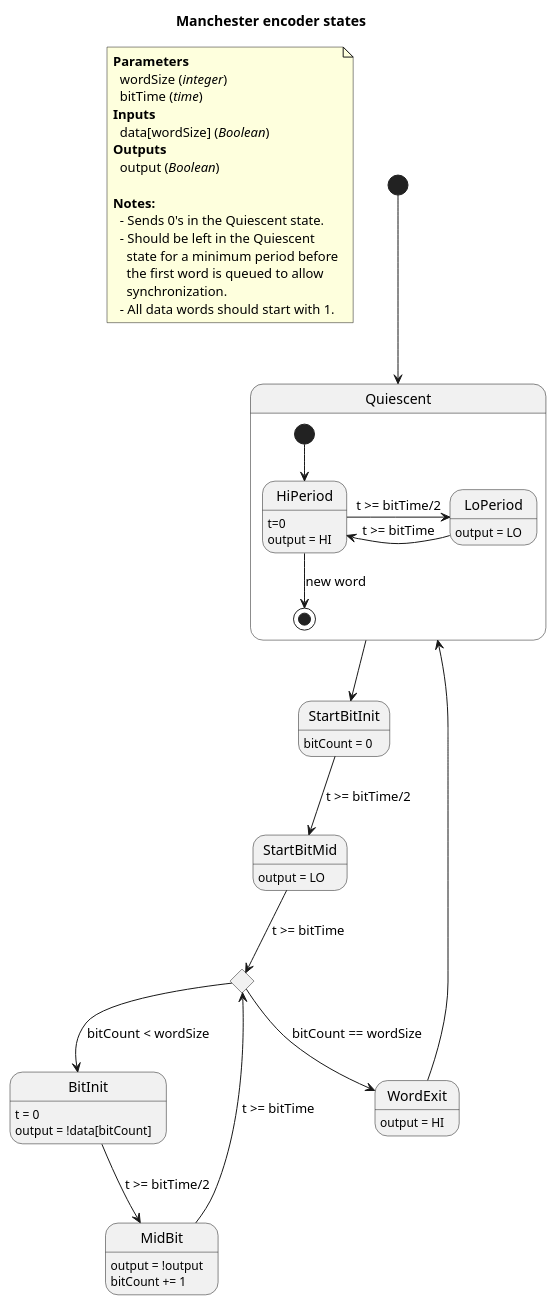
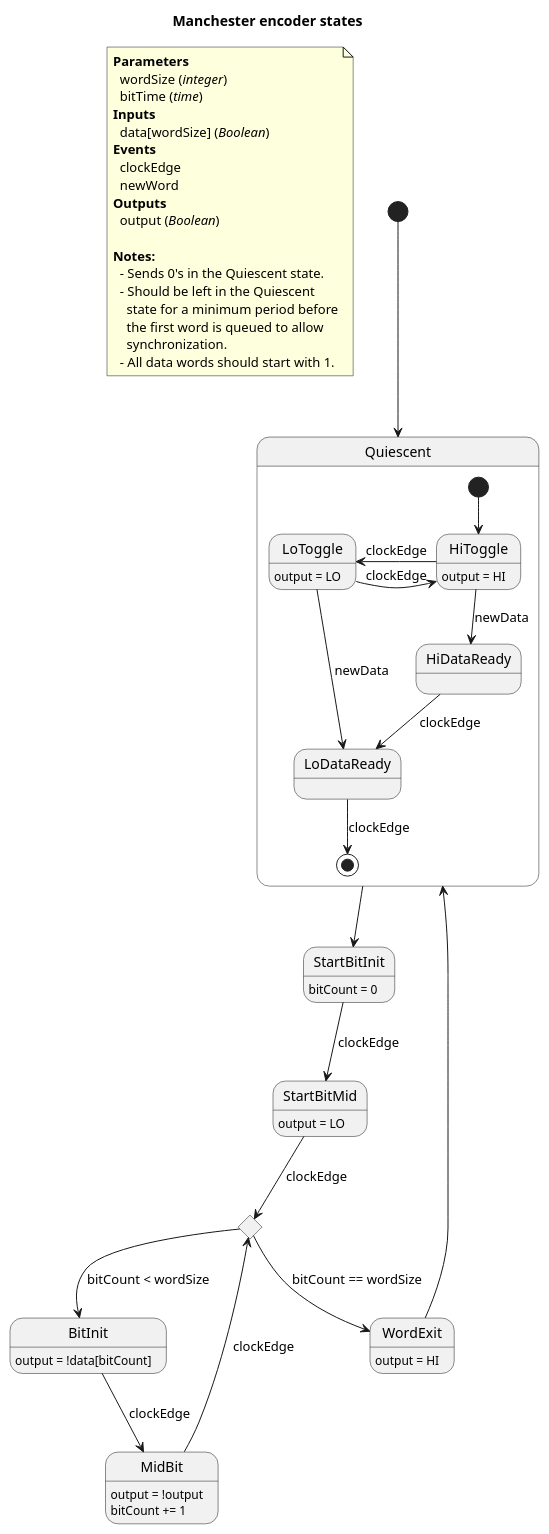
One commit to codusnocturnus/manchester changed the diagram in docs/diagrams/src/encoder_states.puml. Above: the diagram before and after it, drawn with PlantUML. The commit also changed 24 other files, not shown here.

```diff
--- a/docs/diagrams/src/encoder_states.puml
+++ b/docs/diagrams/src/encoder_states.puml
@@ -1,59 +1,65 @@
 @startuml
 title Manchester encoder states
 
 note as N1
   <b>Parameters</b>
     wordSize (<i>integer</i>)
     bitTime (<i>time</i>)
   <b>Inputs</b>
     data[wordSize] (<i>Boolean</i>)
+  <b>Events</b>
+    clockEdge
+    newWord
   <b>Outputs</b>
     output (<i>Boolean</i>)
 
   <b>Notes:</b>
     - Sends 0's in the Quiescent state.
     - Should be left in the Quiescent
       state for a minimum period before
       the first word is queued to allow
       synchronization.
     - All data words should start with 1.
 end note
 
 
 [*]-->Quiescent
 
 state Quiescent {
-    [*]-->HiPeriod
-    HiPeriod: t=0
-    HiPeriod: output = HI
-    HiPeriod->LoPeriod: t >= bitTime/2
-    HiPeriod-->[*]: new word
+    [*]-->HiToggle
+    HiToggle: output = HI
+    HiToggle->LoToggle: clockEdge
+    HiToggle-->HiDataReady: newData
+    
+    LoToggle: output = LO
+    LoToggle->HiToggle: clockEdge
+    LoToggle-->LoDataReady: newData
 
-    LoPeriod: output = LO
-    LoPeriod->HiPeriod: t >= bitTime
+    HiDataReady-->LoDataReady: clockEdge
+
+    LoDataReady-->[*]: clockEdge
 }
 Quiescent-->StartBitInit
 
 StartBitInit: bitCount = 0
 
-StartBitInit-->StartBitMid: t >= bitTime/2
+StartBitInit-->StartBitMid: clockEdge
 
 StartBitMid: output = LO
 state MidWord <<choice>>
-StartBitMid-->MidWord: t >= bitTime
+StartBitMid-->MidWord: clockEdge
 
 MidWord-->BitInit: bitCount < wordSize
 MidWord-->WordExit: bitCount == wordSize
 
-BitInit: t = 0
 BitInit: output = !data[bitCount]
-BitInit-->MidBit: t >= bitTime/2
+BitInit-->MidBit: clockEdge
 
 MidBit: output = !output
 MidBit: bitCount += 1
-MidBit-->MidWord: t >= bitTime
+MidBit-->MidWord: clockEdge
 
 WordExit: output = HI
 WordExit-->Quiescent
 
 @enduml
```
